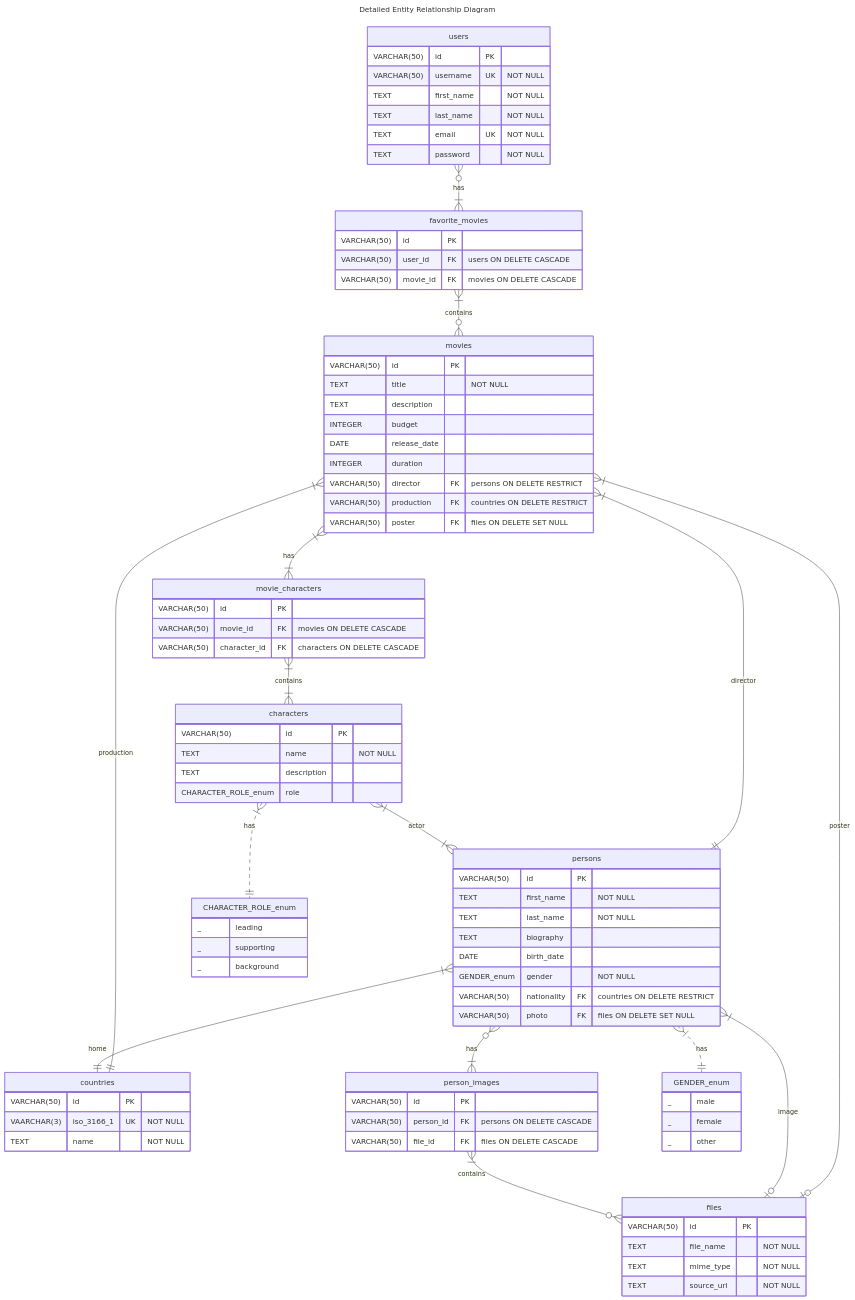
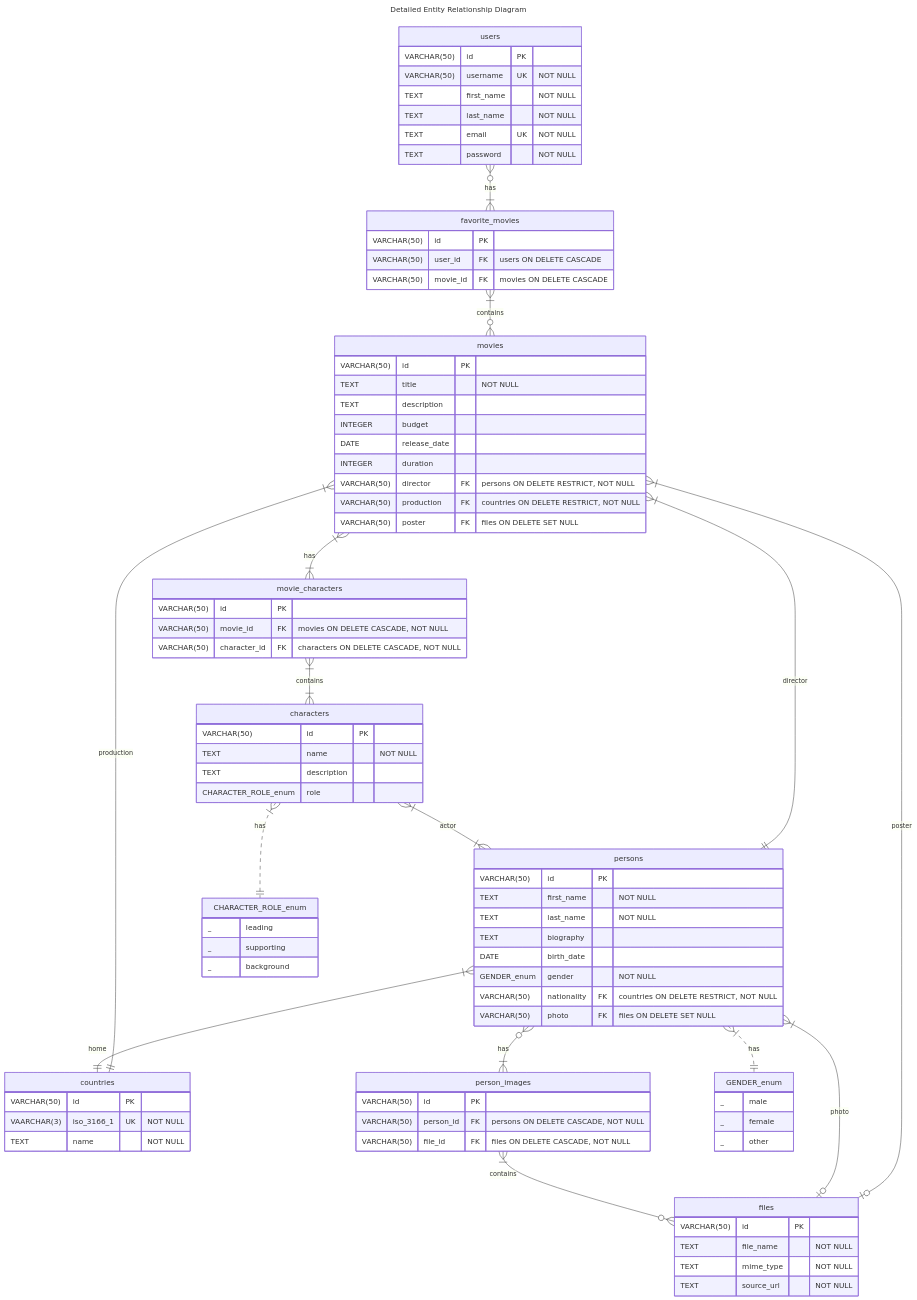
The second of 2 diagrams in README.md (KeidsID/bsa-2024-db-sql), drawn with Mermaid before and after one commit. The commit also changed other lines of this file and 1 other file, not shown here.

Commit message:
fix(sql/data): fix missing "NOT NULL" constraints

```diff
--- a/README.md
+++ b/README.md
@@ -43,7 +46,7 @@
   movie_characters }|--|{ characters : contains
 
   persons }|--|| countries : home
-  persons }|--o| files : image
+  persons }|--o| files : photo
   persons }o--|{ person_images: has
   person_images }|--o{ files : contains
 
@@ -77,14 +80,14 @@
     INTEGER budget
     DATE release_date
     INTEGER duration
-    VARCHAR(50) director FK "persons ON DELETE RESTRICT"
-    VARCHAR(50) production FK "countries ON DELETE RESTRICT"
+    VARCHAR(50) director FK "persons ON DELETE RESTRICT, NOT NULL"
+    VARCHAR(50) production FK "countries ON DELETE RESTRICT, NOT NULL"
     VARCHAR(50) poster FK "files ON DELETE SET NULL"
   }
   movie_characters {
     VARCHAR(50) id PK
-    VARCHAR(50) movie_id FK "movies ON DELETE CASCADE"
-    VARCHAR(50) character_id FK "characters ON DELETE CASCADE"
+    VARCHAR(50) movie_id FK "movies ON DELETE CASCADE, NOT NULL"
+    VARCHAR(50) character_id FK "characters ON DELETE CASCADE, NOT NULL"
   }
 
   enum_cr[CHARACTER_ROLE_enum] {
@@ -112,14 +115,14 @@
     TEXT biography
     DATE birth_date
     GENDER_enum gender "NOT NULL"
-    VARCHAR(50) nationality FK "countries ON DELETE RESTRICT"
+    VARCHAR(50) nationality FK "countries ON DELETE RESTRICT, NOT NULL"
     VARCHAR(50) photo FK "files ON DELETE SET NULL"
   }
   persons }|..|| enum_g : has
   person_images {
     VARCHAR(50) id PK
-    VARCHAR(50) person_id FK "persons ON DELETE CASCADE"
-    VARCHAR(50) file_id FK "files ON DELETE CASCADE"
+    VARCHAR(50) person_id FK "persons ON DELETE CASCADE, NOT NULL"
+    VARCHAR(50) file_id FK "files ON DELETE CASCADE, NOT NULL"
   }
 
   countries {
```
